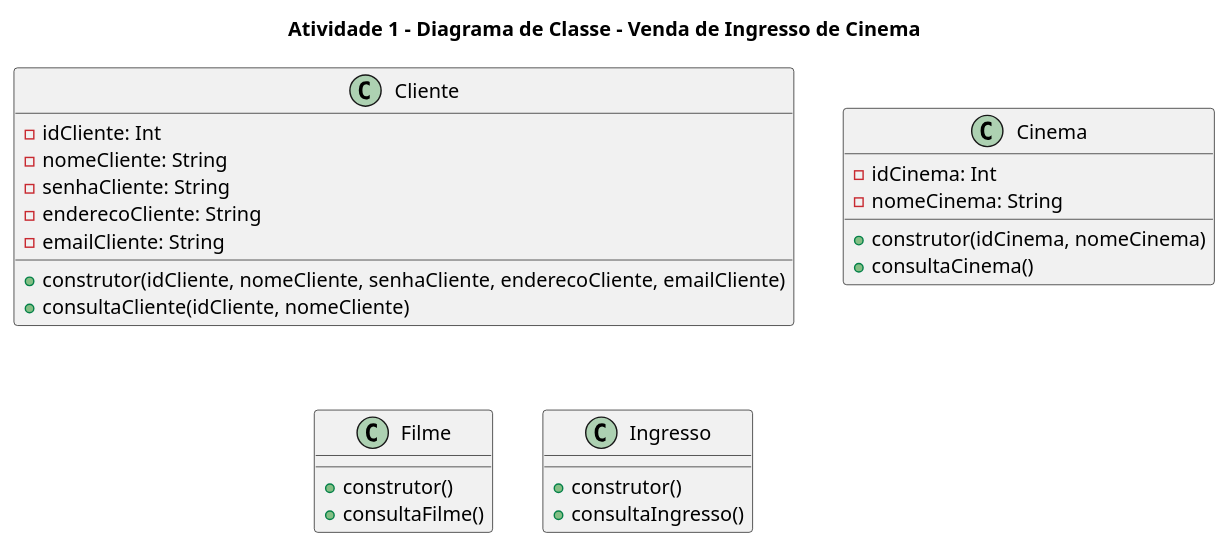
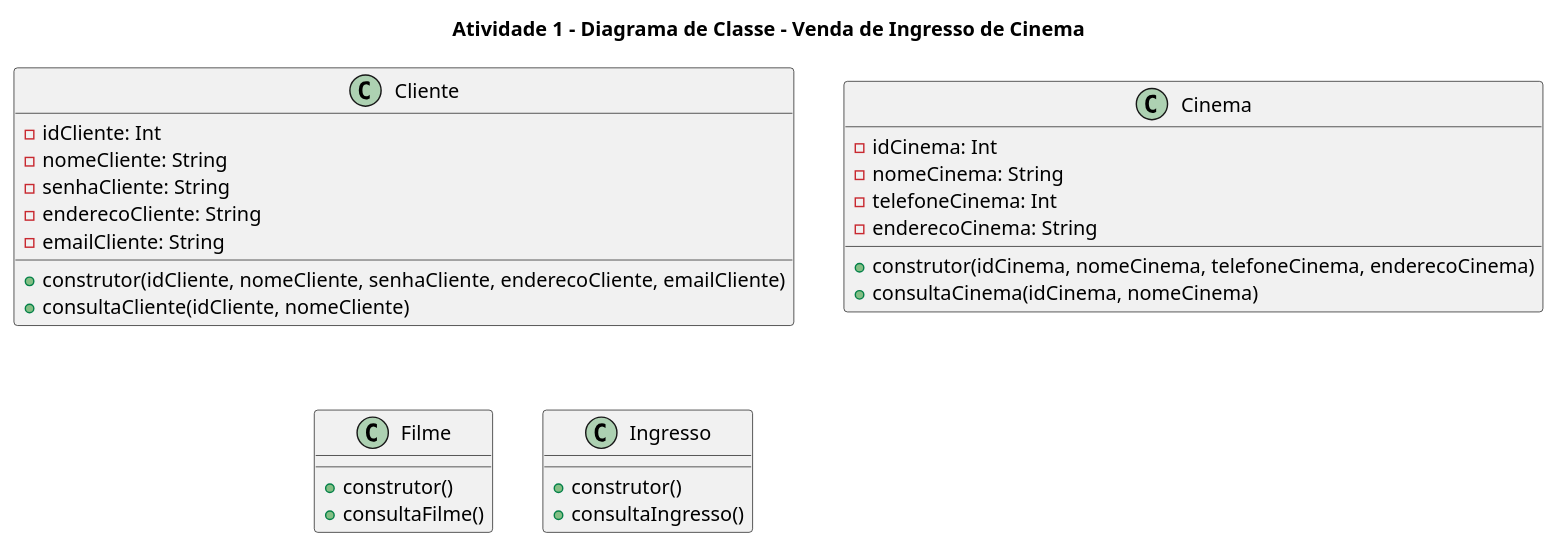
The diagram in Modelagem/Clientes.plantuml (anleaes/2023-1-N1-POO-09), drawn with PlantUML before and after one commit.

Commit message:
Add telefone, endereço e consulta

```diff
--- a/Modelagem/Clientes.plantuml
+++ b/Modelagem/Clientes.plantuml
@@ -2,36 +2,38 @@
 @startuml A1
 
 title Atividade 1 - Diagrama de Classe - Venda de Ingresso de Cinema
 
 
     class Cliente{
     - idCliente: Int
     - nomeCliente: String
     - senhaCliente: String 
     - enderecoCliente: String
     - emailCliente: String
     + construtor(idCliente, nomeCliente, senhaCliente, enderecoCliente, emailCliente)
     + consultaCliente(idCliente, nomeCliente)
 }
 
 class Cinema{
     - idCinema: Int
     - nomeCinema: String
-    + construtor(idCinema, nomeCinema)
-    + consultaCinema()
+    - telefoneCinema: Int
+    - enderecoCinema: String
+    + construtor(idCinema, nomeCinema, telefoneCinema, enderecoCinema)
+    + consultaCinema(idCinema, nomeCinema)
 }
 
 class Filme{
     
     + construtor()
     + consultaFilme()
 }
 
 class Ingresso{
 
     + construtor()
     + consultaIngresso()
 }
 
 
 @enduml
```
